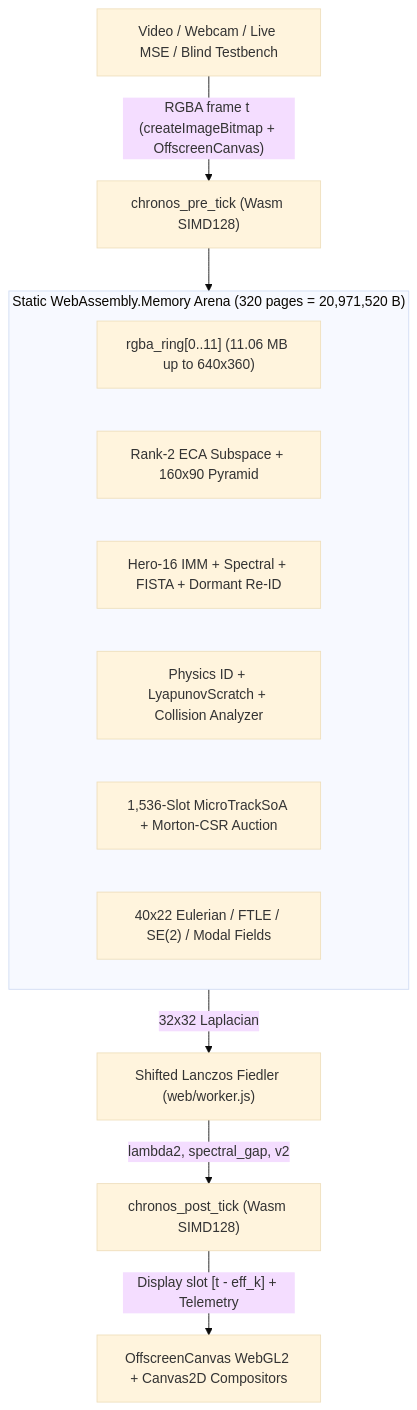
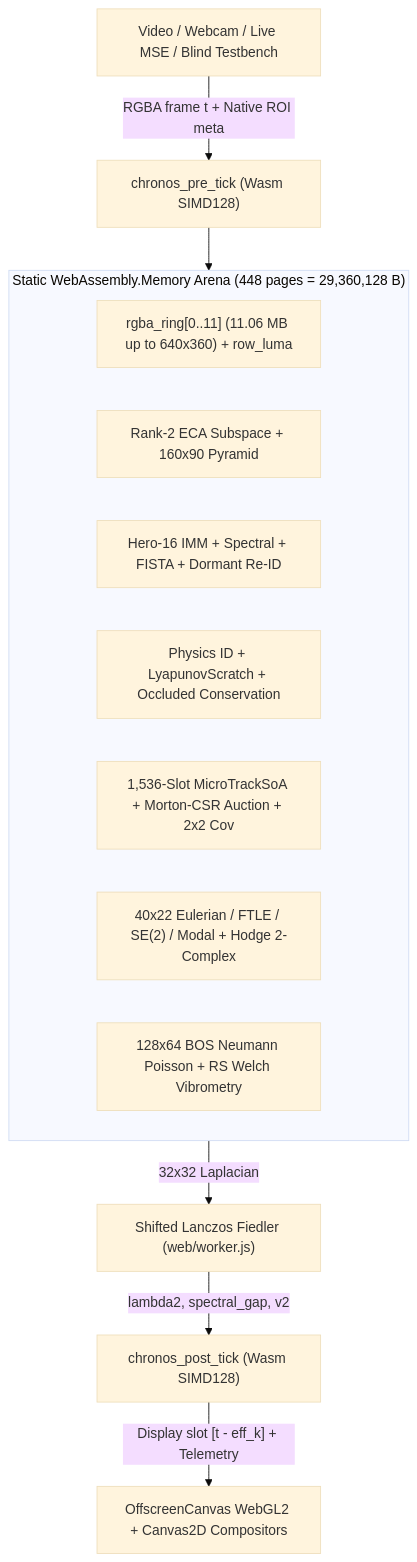
One commit to steph4n-gh/chronos-spectral changed the diagram in docs/ARCHITECTURE_AND_MATH.md. Above: the diagram before and after it, drawn with Mermaid (base theme). The commit also changed other lines of this file and 25 other files, not shown here.

````diff
--- a/docs/ARCHITECTURE_AND_MATH.md
+++ b/docs/ARCHITECTURE_AND_MATH.md
@@ -9,16 +9,17 @@
 ```mermaid
 flowchart TB
-  SRC["Video / Webcam / Live MSE / Blind Testbench"] -->|"RGBA frame t (createImageBitmap + OffscreenCanvas)"| PRE["chronos_pre_tick (Wasm SIMD128)"]
-  subgraph ARENA["Static WebAssembly.Memory Arena (320 pages = 20,971,520 B)"]
-    RING["rgba_ring[0..11] (11.06 MB up to 640x360)"]
+  SRC["Video / Webcam / Live MSE / Blind Testbench"] -->|"RGBA frame t + Native ROI meta"| PRE["chronos_pre_tick (Wasm SIMD128)"]
+  subgraph ARENA["Static WebAssembly.Memory Arena (448 pages = 29,360,128 B)"]
+    RING["rgba_ring[0..11] (11.06 MB up to 640x360) + row_luma"]
     ECA["Rank-2 ECA Subspace + 160x90 Pyramid"]
     HERO["Hero-16 IMM + Spectral + FISTA + Dormant Re-ID"]
-    PHYS["Physics ID + LyapunovScratch + Collision Analyzer"]
-    SWARM["1,536-Slot MicroTrackSoA + Morton-CSR Auction"]
-    CONT["40x22 Eulerian / FTLE / SE(2) / Modal Fields"]
+    PHYS["Physics ID + LyapunovScratch + Occluded Conservation"]
+    SWARM["1,536-Slot MicroTrackSoA + Morton-CSR Auction + 2x2 Cov"]
+    CONT["40x22 Eulerian / FTLE / SE(2) / Modal + Hodge 2-Complex"]
+    BOSV["128x64 BOS Neumann Poisson + RS Welch Vibrometry"]
   end
   PRE --> ARENA
   ARENA -->|"32x32 Laplacian"| LANC["Shifted Lanczos Fiedler (web/worker.js)"]
   LANC -->|"lambda2, spectral_gap, v2"| POST["chronos_post_tick (Wasm SIMD128)"]
   POST -->|"Display slot [t - eff_k] + Telemetry"| GL["OffscreenCanvas WebGL2 + Canvas2D Compositors"]
 ```
````
